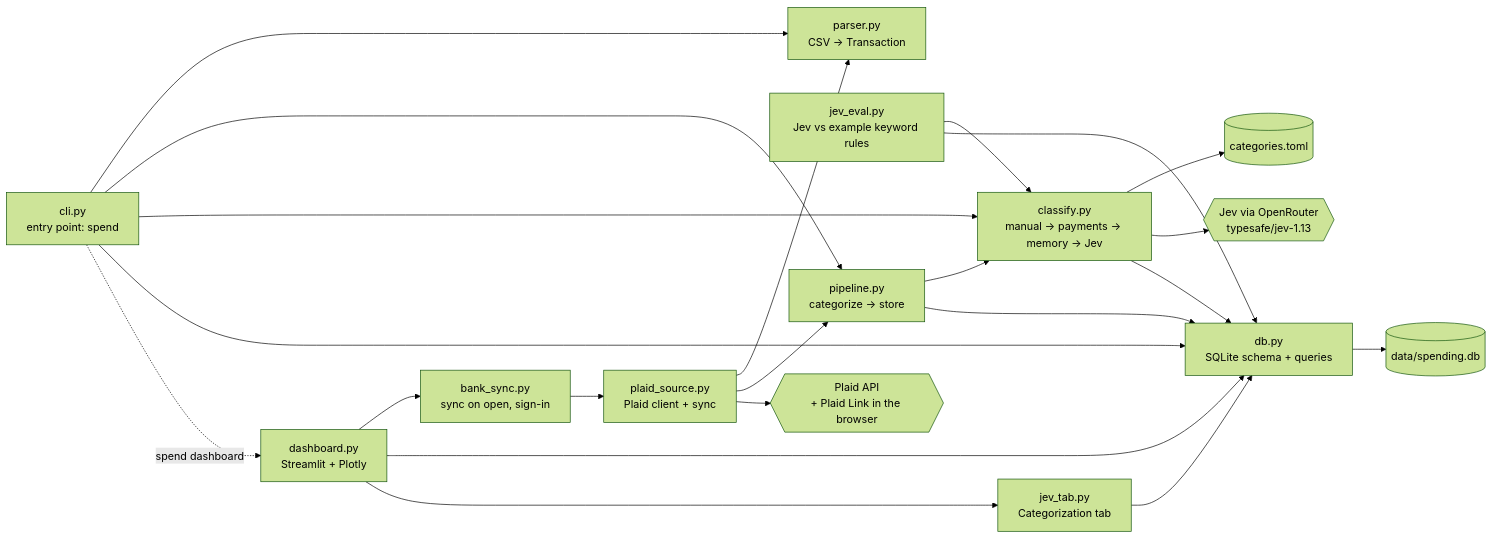
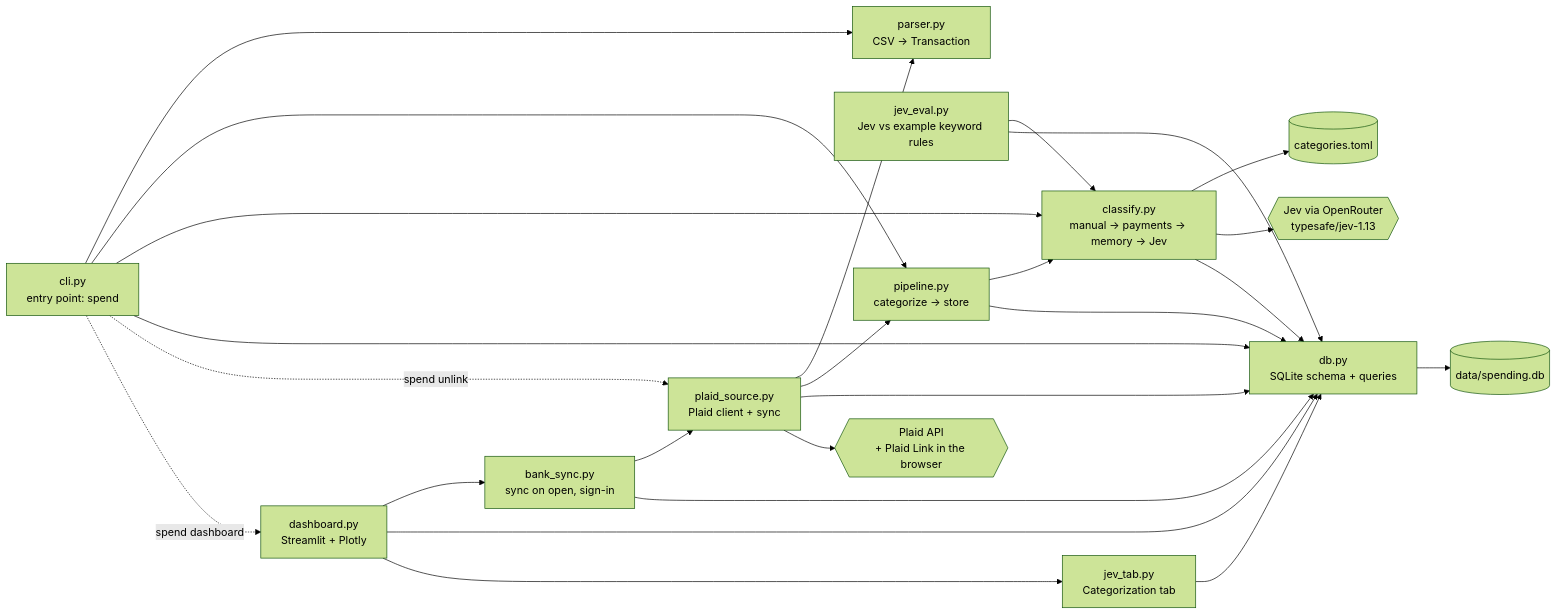
The second of 6 diagrams in CONTRIBUTING.md (alessandrofelici/spending-tracker), drawn with Mermaid (forest theme) before and after one commit. The commit also changed other lines of this file, not shown here.

First line of the commit message:
docs: bring CONTRIBUTING.md's file tree and diagrams up to date

````diff
--- a/CONTRIBUTING.md
+++ b/CONTRIBUTING.md
@@ -146,39 +126,42 @@
 ```mermaid
 flowchart LR
     cli["cli.py<br/>entry point: spend"]
     parser["parser.py<br/>CSV → Transaction"]
     classify["classify.py<br/>manual → payments → memory → Jev"]
     db["db.py<br/>SQLite schema + queries"]
     dash["dashboard.py<br/>Streamlit + Plotly"]
     jevtab["jev_tab.py<br/>Categorization tab"]
     jeval["jev_eval.py<br/>Jev vs example keyword rules"]
     pipeline["pipeline.py<br/>categorize → store"]
     banksync["bank_sync.py<br/>sync on open, sign-in"]
     plaidsrc["plaid_source.py<br/>Plaid client + sync"]
     toml[("categories.toml")]
     sqlite[("data/spending.db")]
     llm{{"Jev via OpenRouter<br/>typesafe/jev-1.13"}}
     plaid{{"Plaid API<br/>+ Plaid Link in the browser"}}
 
     cli --> parser
     cli --> pipeline
     cli --> classify
     cli --> db
+    cli -. "spend unlink" .-> plaidsrc
     cli -. "spend dashboard" .-> dash
     pipeline --> classify
     pipeline --> db
     classify --> toml
     classify --> llm
     classify --> db
     dash --> banksync
     dash --> db
     dash --> jevtab
     banksync --> plaidsrc
+    banksync --> db
     plaidsrc --> parser
     plaidsrc --> pipeline
+    plaidsrc --> db
     plaidsrc --> plaid
     jevtab --> db
     jeval --> classify
     jeval --> db
     db --> sqlite
 ```
````
